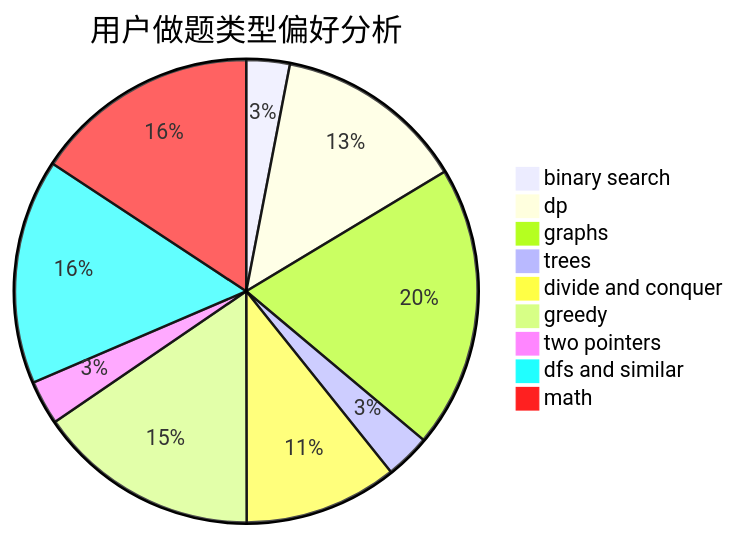
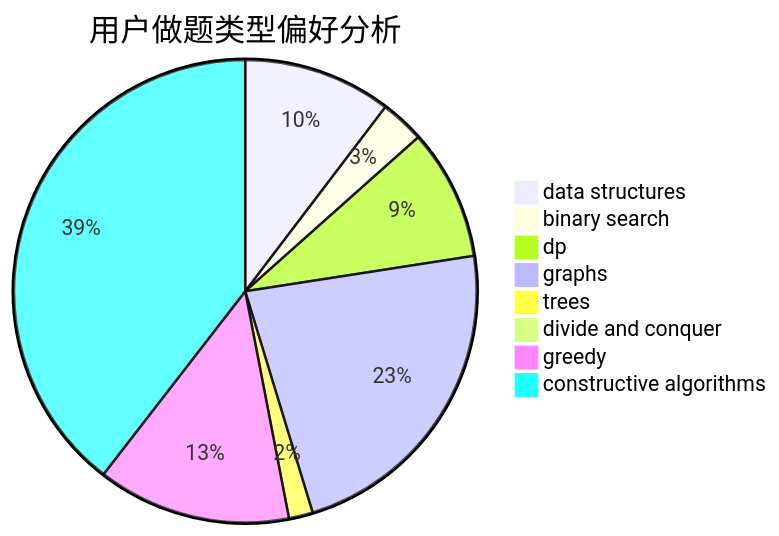
One commit to sherpahu/cfrs.github.io changed the second of 3 diagrams in docs/user/u2459.md. Above: the diagram before and after it, drawn with Mermaid. The commit also changed other lines of this file and 2775 other files, not shown here.

````diff
--- a/docs/user/u2459.md
+++ b/docs/user/u2459.md
@@ -23,12 +23,11 @@
 ```mermaid
 pie title 用户做题类型偏好分析
-    "binary search" :  52
-    "dp" :  229
-    "graphs" :  339
-    "trees" :  54
-    "divide and conquer" :  184
-    "greedy" :  266
-    "two pointers" :  53
-    "dfs and similar" :  270
-    "math" :  270
+    "data structures" :  111
+    "binary search" :  33
+    "dp" :  98
+    "graphs" :  244
+    "trees" :  18
+    "divide and conquer" :  4
+    "greedy" :  145
+    "constructive algorithms" :  424
 ```
````
